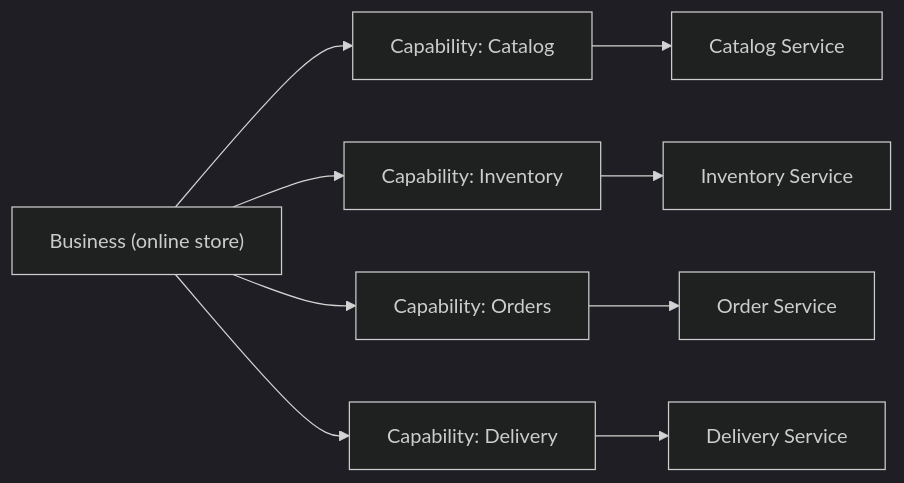
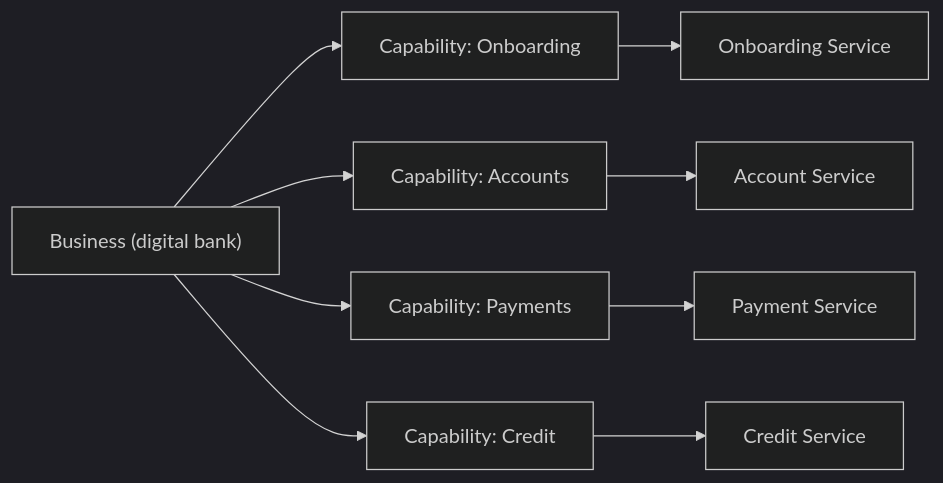
Before and after one commit to alancesar/design-patterns: the diagram in i18n/en/docusaurus-plugin-content-docs/current/architecture/microservices/service-boundaries/decompose-by-business-capability.md, drawn with Mermaid (dark theme). The commit also changed other lines of this file and 27 other files, not shown here.

Commit message:
Switch microservices concrete diagrams to fintech scenarios

````diff
--- a/i18n/en/docusaurus-plugin-content-docs/current/architecture/microservices/service-boundaries/decompose-by-business-capability.md
+++ b/i18n/en/docusaurus-plugin-content-docs/current/architecture/microservices/service-boundaries/decompose-by-business-capability.md
@@ -50,11 +50,11 @@
 ```mermaid
 flowchart LR
-    N["Business (online store)"] --> C1["Capability: Catalog"]
-    N --> C2["Capability: Inventory"]
-    N --> C3["Capability: Orders"]
-    N --> C4["Capability: Delivery"]
-    C1 --> S1["Catalog Service"]
-    C2 --> S2["Inventory Service"]
-    C3 --> S3["Order Service"]
-    C4 --> S4["Delivery Service"]
+    N["Business (digital bank)"] --> C1["Capability: Onboarding"]
+    N --> C2["Capability: Accounts"]
+    N --> C3["Capability: Payments"]
+    N --> C4["Capability: Credit"]
+    C1 --> S1["Onboarding Service"]
+    C2 --> S2["Account Service"]
+    C3 --> S3["Payment Service"]
+    C4 --> S4["Credit Service"]
 ```
````
